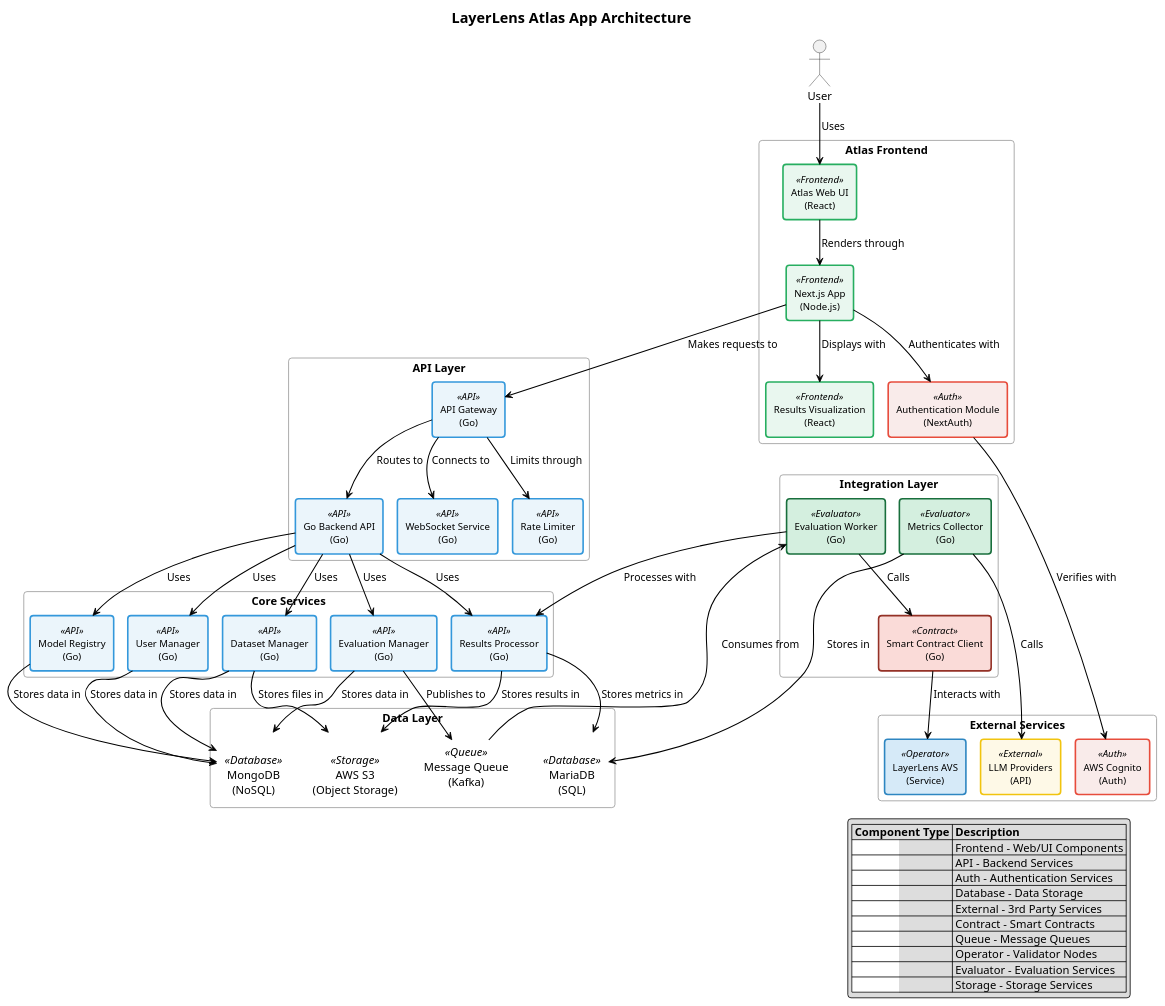
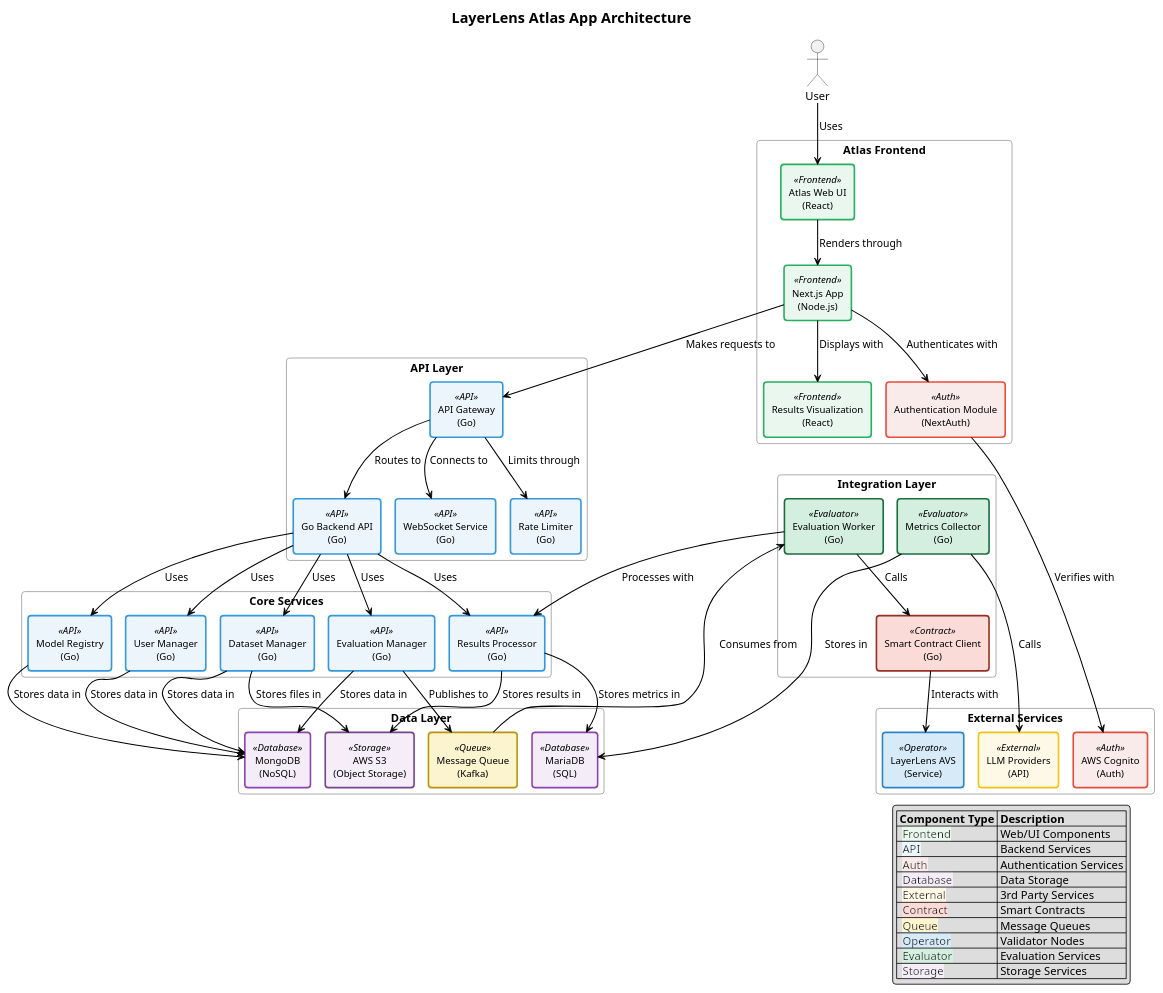
The diagram in plantuml-diagrams/atlas-architecture.puml (k-g-j/ll-sequence-diagrams), drawn with PlantUML before and after one commit. The commit also changed 7 other files, not shown here.

First line of the commit message:
Fix architecture diagrams with proper component styling and color legend

```diff
--- a/plantuml-diagrams/atlas-architecture.puml
+++ b/plantuml-diagrams/atlas-architecture.puml
@@ -1,178 +1,185 @@
 @startuml atlas-architecture
 !pragma layout smetana
 
 ' Define custom colors to match sequence diagrams
 skinparam component<<Frontend>> {
   BackgroundColor #E9F7EF
   BorderColor #27AE60
   BorderThickness 2
 }
 
 skinparam component<<API>> {
   BackgroundColor #EBF5FB
   BorderColor #3498DB
   BorderThickness 2
 }
 
 skinparam component<<Auth>> {
   BackgroundColor #F9EBEA
   BorderColor #E74C3C
   BorderThickness 2
 }
 
 skinparam component<<Database>> {
   BackgroundColor #F4ECF7
   BorderColor #8E44AD
   BorderThickness 2
 }
 
 skinparam component<<External>> {
   BackgroundColor #FEF9E7
   BorderColor #F1C40F
   BorderThickness 2
 }
 
 skinparam component<<Contract>> {
   BackgroundColor #FADBD8
   BorderColor #943126
   BorderThickness 2
 }
 
 skinparam component<<Queue>> {
   BackgroundColor #FCF3CF
   BorderColor #B7950B
   BorderThickness 2
 }
 
 skinparam component<<Operator>> {
   BackgroundColor #D6EAF8
   BorderColor #2E86C1
   BorderThickness 2
 }
 
 skinparam component<<Evaluator>> {
   BackgroundColor #D4EFDF
   BorderColor #196F3D
   BorderThickness 2
 }
 
 skinparam component<<Storage>> {
   BackgroundColor #F5EEF8
   BorderColor #76448A
   BorderThickness 2
 }
 
 ' Custom styling
 skinparam ArrowColor #000000
 skinparam ArrowThickness 1.3
 skinparam defaultTextAlignment center
 skinparam RoundCorner 8
 skinparam titleFontSize 18
 skinparam titleFontStyle bold
 skinparam ComponentStyle rectangle
 skinparam componentBorderThickness 1.5
 skinparam componentFontSize 12
 skinparam componentFontName Arial
 skinparam PackageStyle rectangle
 skinparam packageBackgroundColor transparent
 skinparam packageBorderColor #999999
-skinparam databaseBackgroundColor DATABASE_BG
-skinparam databaseBorderColor DATABASE_BORDER
-skinparam queueBackgroundColor QUEUE_BG
-skinparam queueBorderColor QUEUE_BORDER
+skinparam database<<Database>> {
+  BackgroundColor #F4ECF7
+  BorderColor #8E44AD
+  BorderThickness 2
+}
+
+skinparam queue<<Queue>> {
+  BackgroundColor #FCF3CF
+  BorderColor #B7950B
+  BorderThickness 2
+}
 
 title LayerLens Atlas App Architecture
 
 actor "User" as user
 
 package "Atlas Frontend" {
   [Atlas Web UI\n(React)] as web_ui <<Frontend>>
   [Next.js App\n(Node.js)] as nextjs <<Frontend>>
   [Authentication Module\n(NextAuth)] as auth <<Auth>>
   [Results Visualization\n(React)] as viz <<Frontend>>
 }
 
 package "API Layer" {
   [API Gateway\n(Go)] as api_gw <<API>>
   [Go Backend API\n(Go)] as go_backend <<API>>
   [WebSocket Service\n(Go)] as websocket <<API>>
   [Rate Limiter\n(Go)] as rate_limiter <<API>>
 }
 
 package "Core Services" {
   [Evaluation Manager\n(Go)] as eval_manager <<API>>
   [Model Registry\n(Go)] as model_registry <<API>>
   [Dataset Manager\n(Go)] as dataset_manager <<API>>
   [User Manager\n(Go)] as user_manager <<API>>
   [Results Processor\n(Go)] as results_processor <<API>>
 }
 
 package "Integration Layer" {
   [Evaluation Worker\n(Go)] as worker <<Evaluator>>
   [Smart Contract Client\n(Go)] as contract_client <<Contract>>
   [Metrics Collector\n(Go)] as metrics <<Evaluator>>
 }
 
 package "Data Layer" {
-  database "MongoDB\n(NoSQL)" as mongodb <<Database>>
-  database "MariaDB\n(SQL)" as mariadb <<Database>>
-  database "AWS S3\n(Object Storage)" as s3 <<Storage>>
-  queue "Message Queue\n(Kafka)" as queue <<Queue>>
+  [MongoDB\n(NoSQL)] as mongodb <<Database>>
+  [MariaDB\n(SQL)] as mariadb <<Database>>
+  [AWS S3\n(Object Storage)] as s3 <<Storage>>
+  [Message Queue\n(Kafka)] as queue <<Queue>>
 }
 
 package "External Services" {
   [AWS Cognito\n(Auth)] as cognito <<Auth>>
   [LayerLens AVS\n(Service)] as avs <<Operator>>
   [LLM Providers\n(API)] as llms <<External>>
 }
 
 user --> web_ui : Uses
 web_ui --> nextjs : Renders through
 nextjs --> auth : Authenticates with
 nextjs --> viz : Displays with
 nextjs --> api_gw : Makes requests to
 
 auth --> cognito : Verifies with
 api_gw --> go_backend : Routes to
 api_gw --> websocket : Connects to
 api_gw --> rate_limiter : Limits through
 
 go_backend --> eval_manager : Uses
 go_backend --> model_registry : Uses
 go_backend --> dataset_manager : Uses
 go_backend --> user_manager : Uses
 go_backend --> results_processor : Uses
 
 eval_manager --> mongodb : Stores data in
 model_registry --> mongodb : Stores data in
 dataset_manager --> mongodb : Stores data in
 user_manager --> mongodb : Stores data in
 results_processor --> mariadb : Stores metrics in
 
 eval_manager --> queue : Publishes to
 queue --> worker : Consumes from
 worker --> contract_client : Calls
 worker --> results_processor : Processes with
 contract_client --> avs : Interacts with
 metrics --> llms : Calls
 metrics --> mariadb : Stores in
 
 dataset_manager --> s3 : Stores files in
 results_processor --> s3 : Stores results in
 
 ' Add color-coding legend
 legend right
   |= Component Type |= Description |
-  |<back:FRONTEND_BG>                </back>| Frontend - Web/UI Components |
-  |<back:API_BG>                </back>| API - Backend Services |
-  |<back:AUTH_BG>                </back>| Auth - Authentication Services |
-  |<back:DATABASE_BG>                </back>| Database - Data Storage |
-  |<back:EXTERNAL_BG>                </back>| External - 3rd Party Services |
-  |<back:CONTRACT_BG>                </back>| Contract - Smart Contracts |
-  |<back:QUEUE_BG>                </back>| Queue - Message Queues |
-  |<back:OPERATOR_BG>                </back>| Operator - Validator Nodes |
-  |<back:EVALUATOR_BG>                </back>| Evaluator - Evaluation Services |
-  |<back:STORAGE_BG>                </back>| Storage - Storage Services |
+  |<back:#E9F7EF>  Frontend  </back>| Web/UI Components |
+  |<back:#EBF5FB>  API  </back>| Backend Services |
+  |<back:#F9EBEA>  Auth  </back>| Authentication Services |
+  |<back:#F4ECF7>  Database  </back>| Data Storage |
+  |<back:#FEF9E7>  External  </back>| 3rd Party Services |
+  |<back:#FADBD8>  Contract  </back>| Smart Contracts |
+  |<back:#FCF3CF>  Queue  </back>| Message Queues |
+  |<back:#D6EAF8>  Operator  </back>| Validator Nodes |
+  |<back:#D4EFDF>  Evaluator  </back>| Evaluation Services |
+  |<back:#F5EEF8>  Storage  </back>| Storage Services |
 endlegend
 
 @enduml
```
